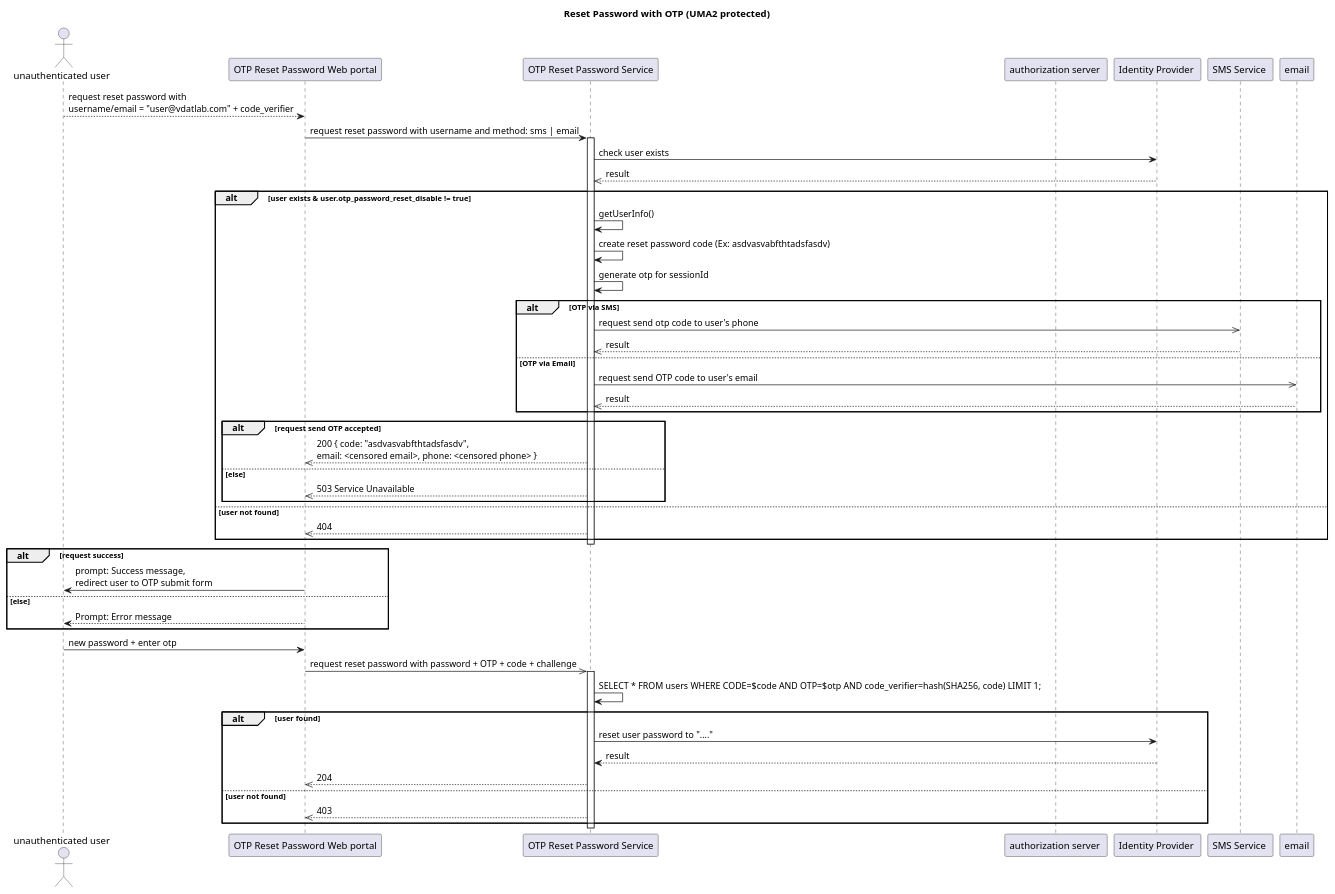
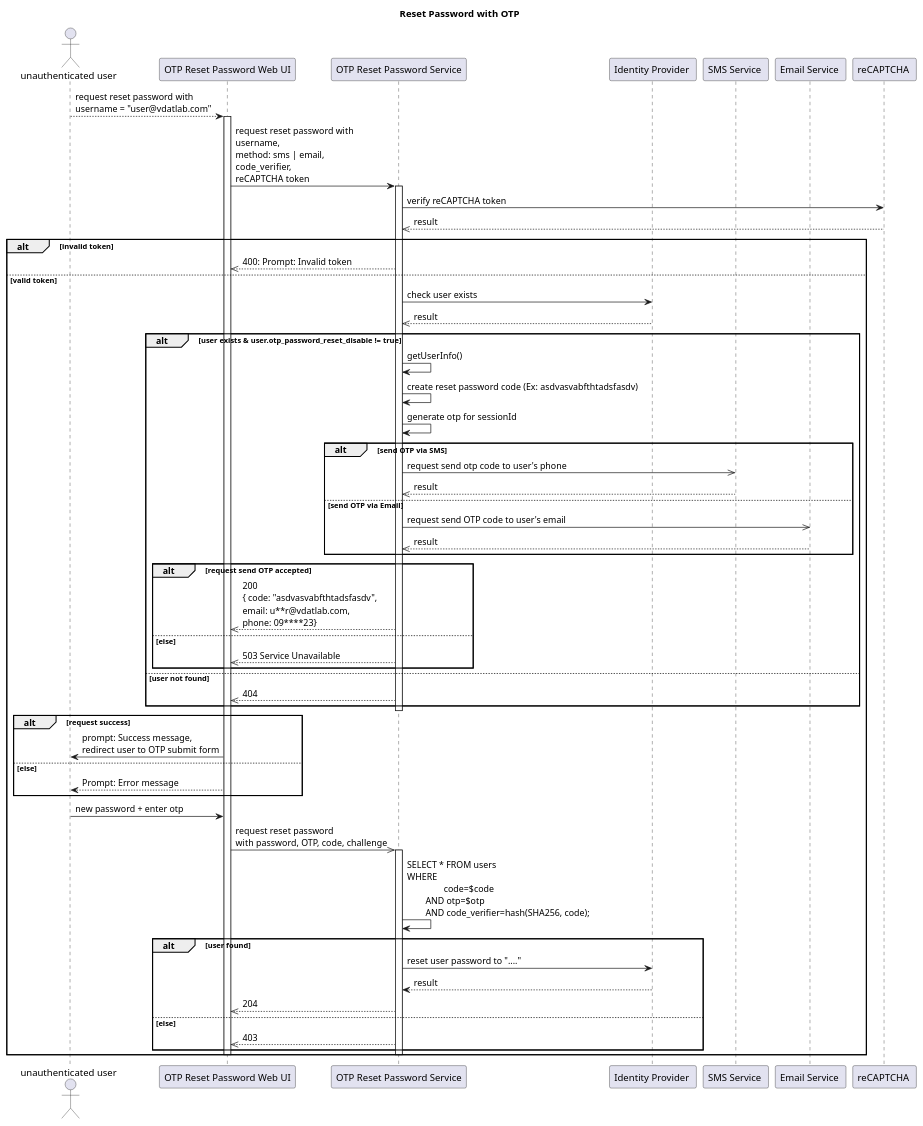
Before and after one commit to nghinhut/docs: the diagram in VDAT/reset-password-with-otp.seq.puml, drawn with PlantUML.

Commit message:
fix(update diagram): update reset password flow

```diff
--- a/VDAT/reset-password-with-otp.seq.puml
+++ b/VDAT/reset-password-with-otp.seq.puml
@@ -1,60 +1,66 @@
 @startuml
+title Reset Password with OTP
 
-title Reset Password with OTP (UMA2 protected)
 actor "unauthenticated user" as rp
-participant "OTP Reset Password Web portal" as client
+participant "OTP Reset Password Web UI" as client
 participant "OTP Reset Password Service" as rs
-participant "authorization server " as as
 participant "Identity Provider " as idp
 participant "SMS Service " as sms
+participant "Email Service " as email
+participant "reCAPTCHA " as rc
 
-rp --> client : request reset password with\nusername/email = "user@vdatlab.com" + code_verifier
-
-client -> rs : request reset password with username and method: sms | email
+rp --> client : request reset password with\nusername = "user@vdatlab.com"
+activate client
+client -> rs : request reset password with\nusername,\nmethod: sms | email,\ncode_verifier,\nreCAPTCHA token
 activate rs
+rs -> rc : verify reCAPTCHA token
+rs <<-- rc : result
+alt invalid token
+client <<-- rs : 400: Prompt: Invalid token
+else valid token
 rs -> idp : check user exists
 rs <<-- idp : result
 
 alt user exists & user.otp_password_reset_disable != true
     rs -> rs : getUserInfo()
     rs -> rs : create reset password code (Ex: asdvasvabfthtadsfasdv)
     rs -> rs : generate otp for sessionId
-    alt OTP via SMS
+    alt send OTP via SMS
         rs ->> sms : request send otp code to user's phone
         rs <<-- sms : result
-    else OTP via Email
+    else send OTP via Email
         rs ->> email : request send OTP code to user's email
         rs <<-- email : result
     end
     alt request send OTP accepted
-        client <<-- rs : 200 { code: "asdvasvabfthtadsfasdv",\nemail: <censored email>, phone: <censored phone> }
+        client <<-- rs : 200\n{ code: "asdvasvabfthtadsfasdv",\nemail: u**r@vdatlab.com,\nphone: 09****23}
     else else
         client <<-- rs : 503 Service Unavailable
     end
 else user not found
     client <<-- rs : 404
 end
 deactivate rs
 
 alt request success
     rp <- client : prompt: Success message,\nredirect user to OTP submit form
 else else
     rp <-- client : Prompt: Error message
 end
 
 rp -> client : new password + enter otp
-client ->> rs : request reset password with password + OTP + code + challenge
+client ->> rs : request reset password\nwith password, OTP, code, challenge
 activate rs
-    rs -> rs : SELECT * FROM users WHERE CODE=$code AND OTP=$otp AND code_verifier=hash(SHA256, code) LIMIT 1;
+    rs -> rs : SELECT * FROM users\nWHERE\n\t\tcode=$code\n\tAND otp=$otp\n\tAND code_verifier=hash(SHA256, code);
     alt user found
         rs -> idp : reset user password to "...."
         rs <-- idp : result
         client <<-- rs : 204
-    else user not found
+    else else
         client <<-- rs : 403
     end
 deactivate rs
 
 deactivate client
-
+end
 @enduml
```
